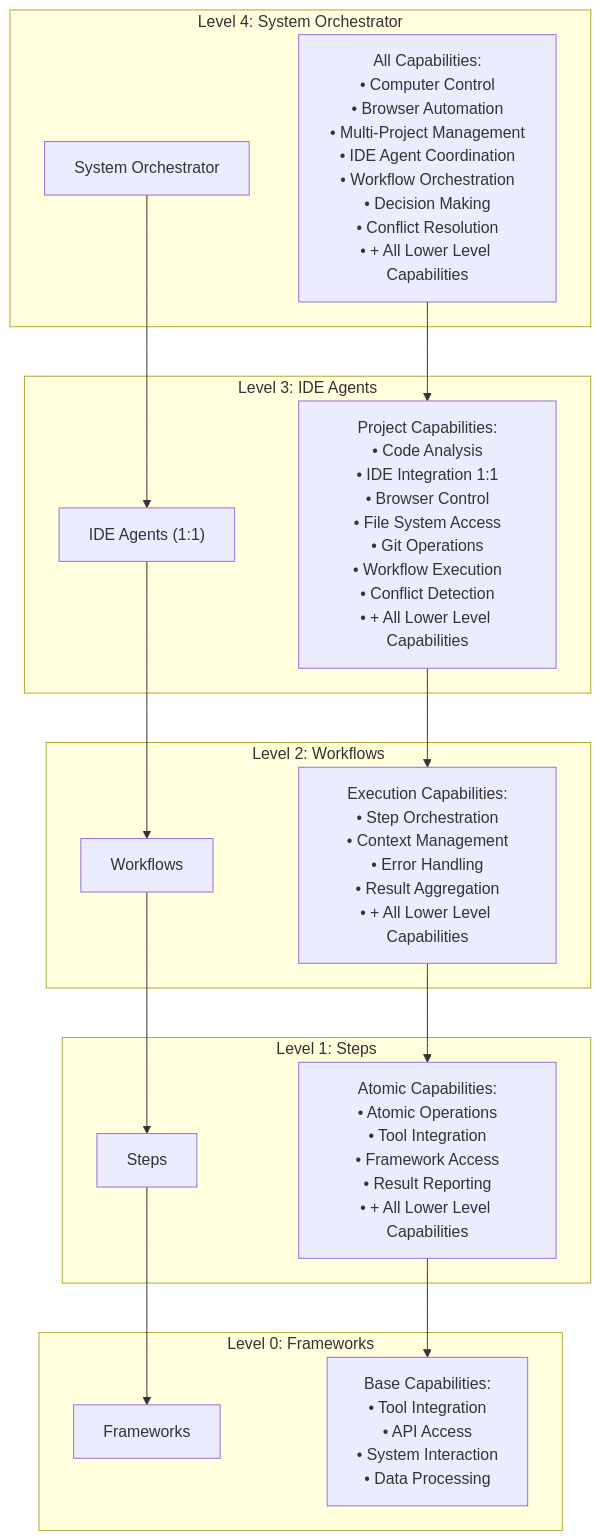
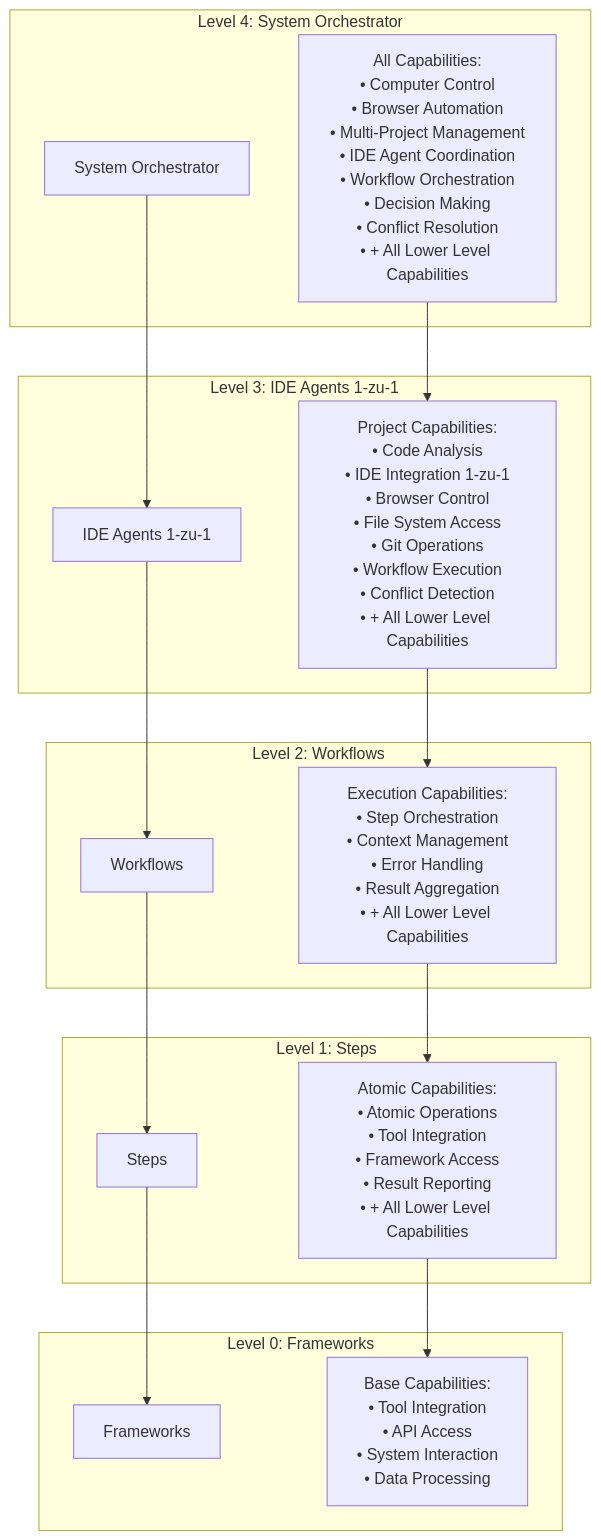
One commit to fr4iser90/PIDEA changed the sixth of 6 diagrams in docs/architecture/meta-ebenen-capabilities.md. Above: the diagram before and after it, drawn with Mermaid. The commit also changed other lines of this file, not shown here.

First line of the commit message:
Refactor Architecture Documentation for Consistency and Clarity

````diff
--- a/docs/architecture/meta-ebenen-capabilities.md
+++ b/docs/architecture/meta-ebenen-capabilities.md
@@ -285,67 +256,37 @@
 ```mermaid
 graph TD
     subgraph "Level 4: System Orchestrator"
         SO[System Orchestrator]
-        SO_CAPS["All Capabilities:
-• Computer Control
-• Browser Automation
-• Multi-Project Management
-• IDE Agent Coordination
-• Workflow Orchestration
-• Decision Making
-• Conflict Resolution
-• + All Lower Level Capabilities"]
+        SO_CAPS["All Capabilities:\n• Computer Control\n• Browser Automation\n• Multi-Project Management\n• IDE Agent Coordination\n• Workflow Orchestration\n• Decision Making\n• Conflict Resolution\n• + All Lower Level Capabilities"]
     end
     
-    subgraph "Level 3: IDE Agents"
-        IA["IDE Agents (1:1)"]
-        IA_CAPS["Project Capabilities:
-• Code Analysis
-• IDE Integration 1:1
-• Browser Control
-• File System Access
-• Git Operations
-• Workflow Execution
-• Conflict Detection
-• + All Lower Level Capabilities"]
+    subgraph "Level 3: IDE Agents 1-zu-1"
+        IA["IDE Agents 1-zu-1"]
+        IA_CAPS["Project Capabilities:\n• Code Analysis\n• IDE Integration 1-zu-1\n• Browser Control\n• File System Access\n• Git Operations\n• Workflow Execution\n• Conflict Detection\n• + All Lower Level Capabilities"]
     end
     
     subgraph "Level 2: Workflows"
-        WF[Workflows]
-        WF_CAPS["Execution Capabilities:
-• Step Orchestration
-• Context Management
-• Error Handling
-• Result Aggregation
-• + All Lower Level Capabilities"]
+        WF["Workflows"]
+        WF_CAPS["Execution Capabilities:\n• Step Orchestration\n• Context Management\n• Error Handling\n• Result Aggregation\n• + All Lower Level Capabilities"]
     end
     
     subgraph "Level 1: Steps"
-        ST[Steps]
-        ST_CAPS["Atomic Capabilities:
-• Atomic Operations
-• Tool Integration
-• Framework Access
-• Result Reporting
-• + All Lower Level Capabilities"]
+        ST["Steps"]
+        ST_CAPS["Atomic Capabilities:\n• Atomic Operations\n• Tool Integration\n• Framework Access\n• Result Reporting\n• + All Lower Level Capabilities"]
     end
     
     subgraph "Level 0: Frameworks"
-        FW[Frameworks]
-        FW_CAPS["Base Capabilities:
-• Tool Integration
-• API Access
-• System Interaction
-• Data Processing"]
+        FW["Frameworks"]
+        FW_CAPS["Base Capabilities:\n• Tool Integration\n• API Access\n• System Interaction\n• Data Processing"]
     end
     
     SO --> IA
     IA --> WF
     WF --> ST
     ST --> FW
     
     SO_CAPS --> IA_CAPS
     IA_CAPS --> WF_CAPS
     WF_CAPS --> ST_CAPS
     ST_CAPS --> FW_CAPS
 ```
````
